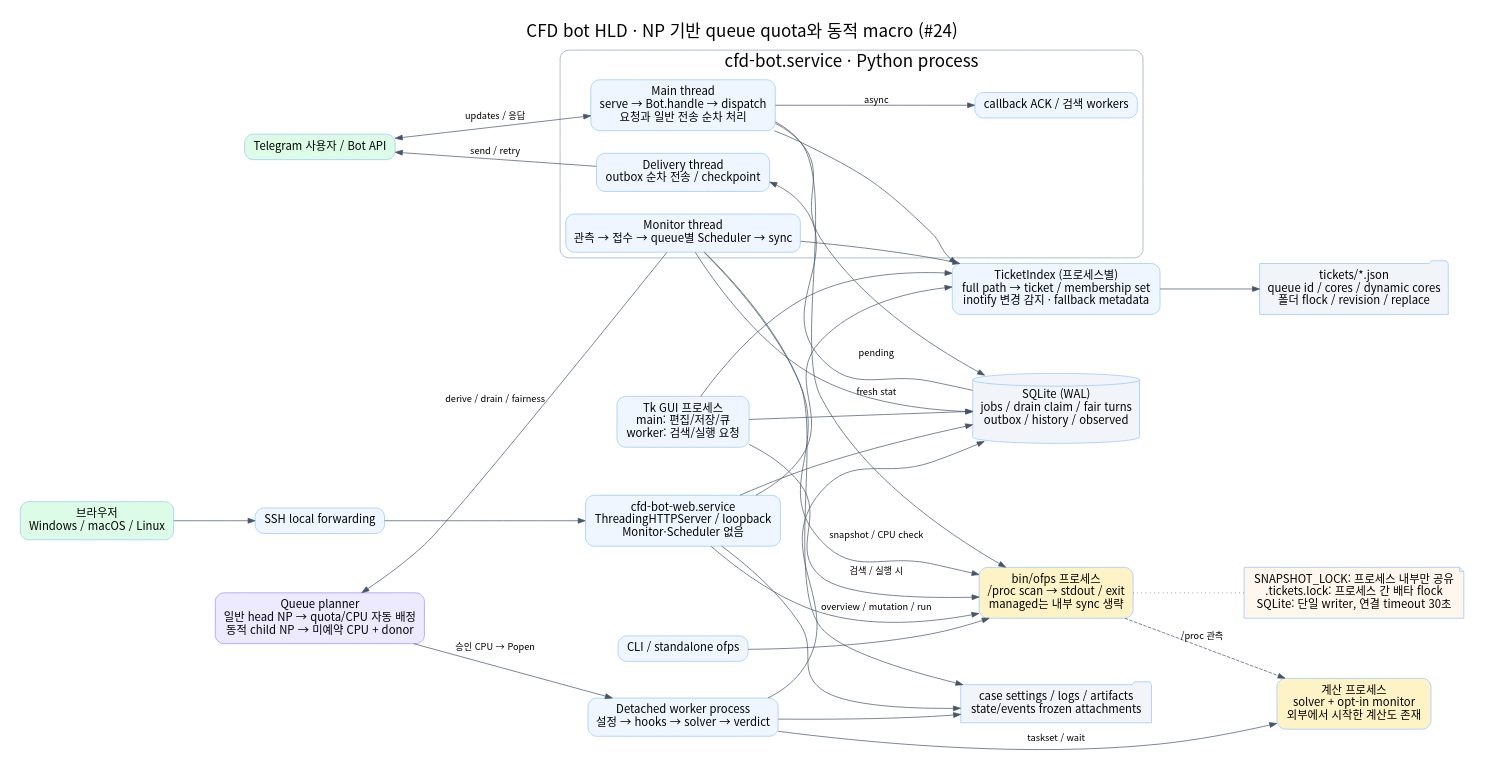
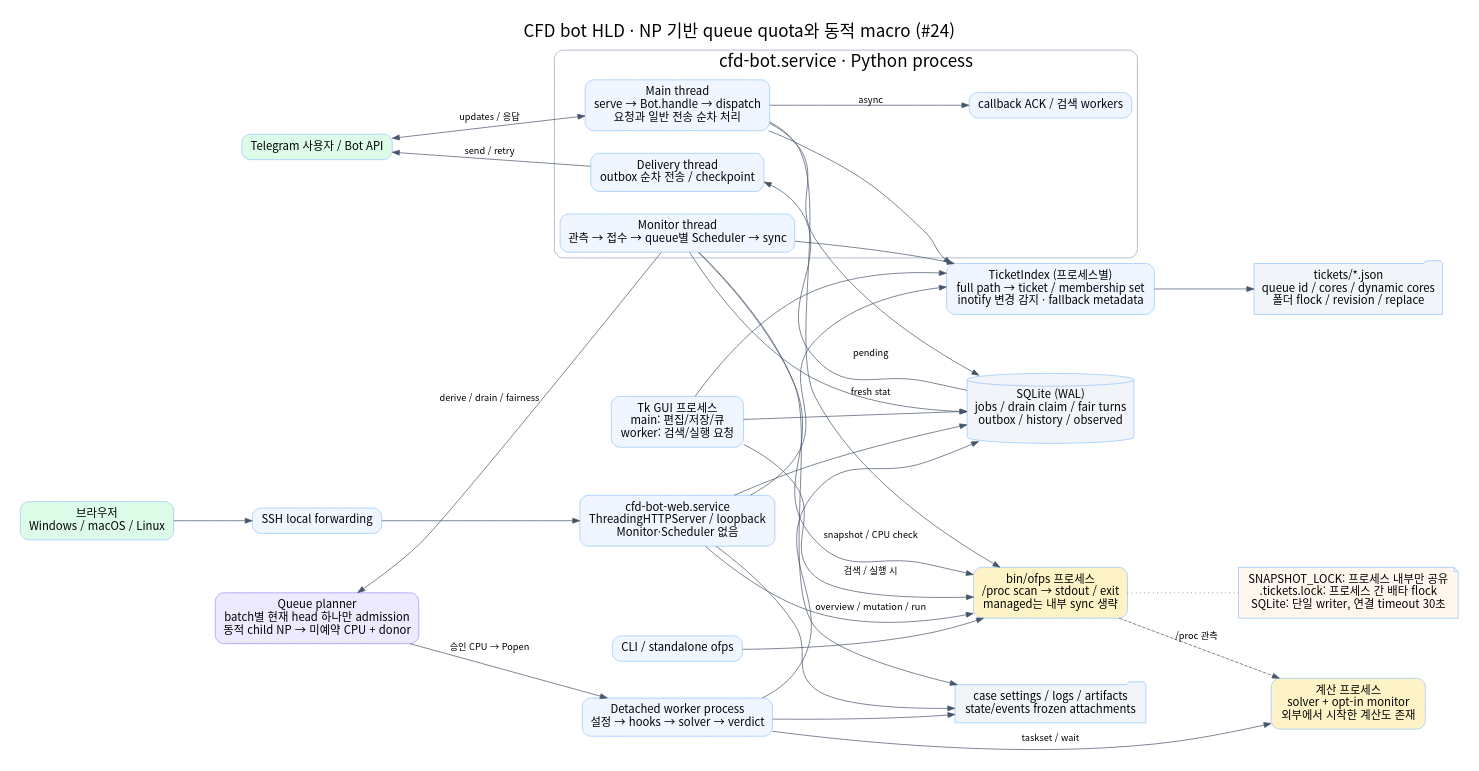
The diagram in docs/diagrams/system-hld.dot (jo0n-lab/cfd-bot), drawn with Graphviz before and after one commit. The commit also changed 39 other files, not shown here.

Commit message:
Fix dynamic macro head admission

```diff
--- a/docs/diagrams/system-hld.dot
+++ b/docs/diagrams/system-hld.dot
@@ -1,43 +1,43 @@
 digraph system {
  graph [rankdir=LR,bgcolor="white",pad=0.3,nodesep=0.45,ranksep=0.8,fontname="Noto Sans CJK KR",fontsize=24,label="CFD bot HLD · NP 기반 queue quota와 동적 macro (#24)",labelloc=t];
  node [shape=box,style="rounded,filled",fillcolor="#eff6ff",color="#93c5fd",fontname="Noto Sans CJK KR",fontsize=16,margin="0.18,0.12"];
  edge [fontname="Noto Sans CJK KR",fontsize=13,color="#475569"];
  tg [label="Telegram 사용자 / Bot API",fillcolor="#dcfce7"];
  browser [label="브라우저\nWindows / macOS / Linux",fillcolor="#dcfce7"];
  ssh [label="SSH local forwarding"];
  gui [label="Tk GUI 프로세스\nmain: 편집/저장/큐\nworker: 검색/실행 요청"];
  cli [label="CLI / standalone ofps"];
  subgraph cluster_bot {
   label="cfd-bot.service · Python process";color="#94a3b8";style=rounded;
   main [label="Main thread\nserve → Bot.handle → dispatch\n요청과 일반 전송 순차 처리"];
   mon [label="Monitor thread\n관측 → 접수 → queue별 Scheduler → sync"];
   delivery [label="Delivery thread\noutbox 순차 전송 / checkpoint"];
   ack [label="callback ACK / 검색 workers"];
  }
  web [label="cfd-bot-web.service\nThreadingHTTPServer / loopback\nMonitor·Scheduler 없음"];
  scan [label="bin/ofps 프로세스\n/proc scan → stdout / exit\nmanaged는 내부 sync 생략",fillcolor="#fef3c7"];
  worker [label="Detached worker process\n설정 → hooks → solver → verdict"];
  calc [label="계산 프로세스\nsolver + opt-in monitor\n외부에서 시작한 계산도 존재",fillcolor="#fef3c7"];
  db [shape=cylinder,label="SQLite (WAL)\njobs / drain claim / fair turns\noutbox / history / observed",fillcolor="#f1f5f9"];
  tickets [shape=folder,label="tickets/*.json\nqueue id / cores / dynamic cores\n폴더 flock / revision / replace",fillcolor="#f1f5f9"];
  files [shape=folder,label="case settings / logs / artifacts\nstate/events frozen attachments",fillcolor="#f1f5f9"];
  tg -> main [label="updates / 응답",dir=both];main -> ack [label="async"];
  browser -> ssh -> web;
  main -> scan [label="fresh stat"];
  mon -> scan [label="snapshot / CPU check"];
  web -> scan [label="overview / mutation / run"];
  gui -> scan [label="검색 / 실행 시"];
  cli -> scan;
- planner [label="Queue planner\n일반 head NP → quota/CPU 자동 배정\n동적 child NP → 미예약 CPU + donor",fillcolor="#ede9fe",color="#a78bfa"];
+ planner [label="Queue planner\nbatch별 현재 head 하나만 admission\n동적 child NP → 미예약 CPU + donor",fillcolor="#ede9fe",color="#a78bfa"];
  mon -> planner [label="derive / drain / fairness"];
  planner -> worker [label="승인 CPU → Popen"];
  worker -> calc [label="taskset / wait"];
  scan -> calc [label="/proc 관측",style=dashed];
  main -> db;mon -> db;web -> db;gui -> db;worker -> db;
  db -> delivery [label="pending"];delivery -> tg [label="send / retry"];
  index [label="TicketIndex (프로세스별)\nfull path → ticket / membership set\ninotify 변경 감지 · fallback metadata"];
  main -> index;mon -> index;web -> index;gui -> index;index -> tickets;
  worker -> files;mon -> files;web -> files;
  note [shape=note,label="SNAPSHOT_LOCK: 프로세스 내부만 공유\n.tickets.lock: 프로세스 간 배타 flock\nSQLite: 단일 writer, 연결 timeout 30초",fillcolor="#fff7ed"];
  scan -> note [style=dotted,arrowhead=none];
 }
```
